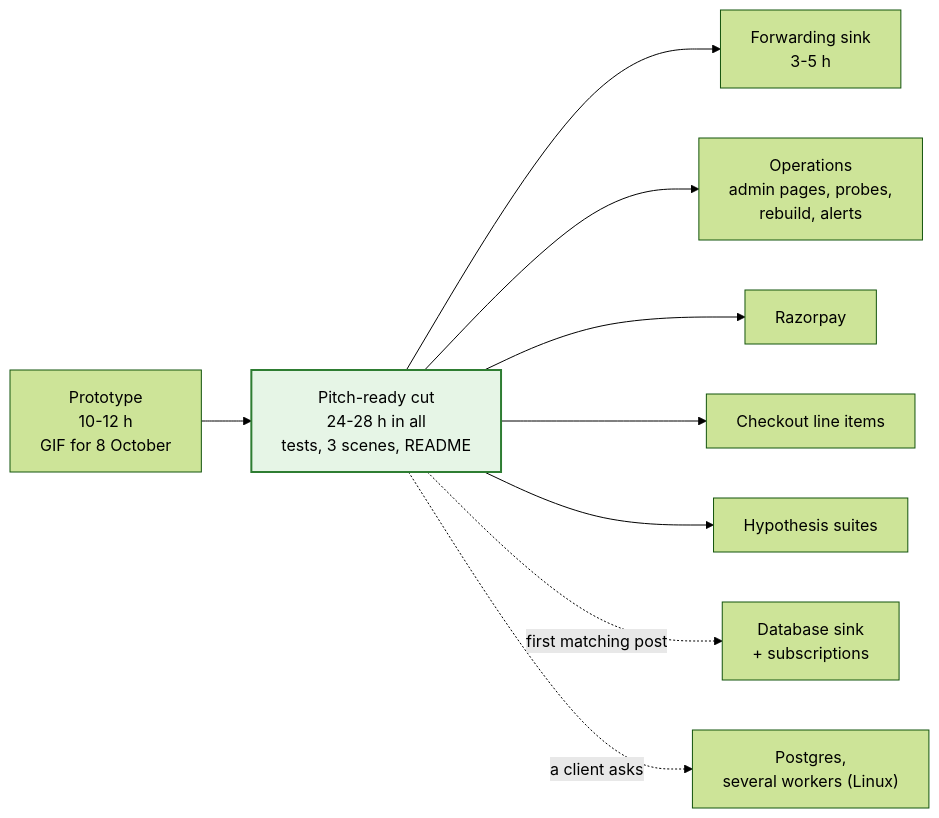
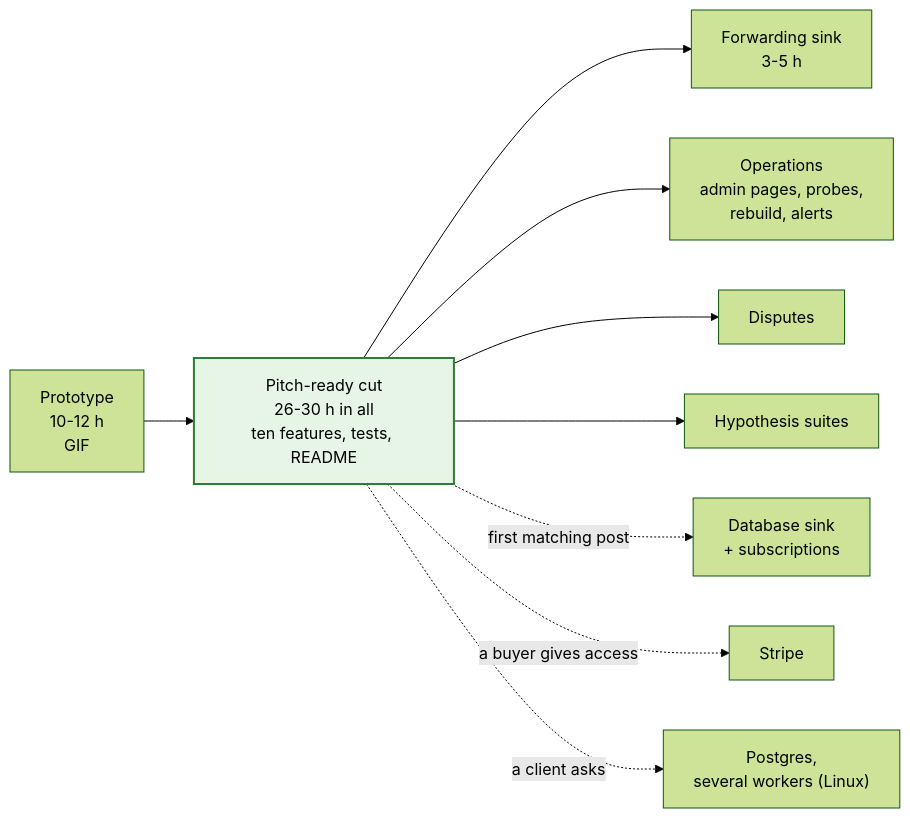
One commit to lalitkarthik/webhook-sync changed the diagram in docs/design/build-order.md. Above: the diagram before and after it, drawn with Mermaid (forest theme). The commit also changed other lines of this file and 17 other files, not shown here.

First line of the commit message:
Design round 11: Razorpay first, Stripe parked (Q103-Q114)

````diff
--- a/docs/design/build-order.md
+++ b/docs/design/build-order.md
@@ -11,13 +13,13 @@
 ```mermaid
 flowchart LR
-  P["Prototype<br/>10-12 h<br/>GIF for 8 October"] --> C["Pitch-ready cut<br/>24-28 h in all<br/>tests, 3 scenes, README"]
+  P["Prototype<br/>10-12 h<br/>GIF"] --> C["Pitch-ready cut<br/>26-30 h in all<br/>ten features, tests, README"]
   C --> F["Forwarding sink<br/>3-5 h"]
   C --> OPS["Operations<br/>admin pages, probes,<br/>rebuild, alerts"]
-  C --> RZ["Razorpay"]
-  C --> CK["Checkout line items"]
+  C --> DP["Disputes"]
   C --> HY["Hypothesis suites"]
   C -. "first matching post" .-> DS["Database sink<br/>+ subscriptions"]
+  C -. "a buyer gives access" .-> ST["Stripe"]
   C -. "a client asks" .-> PG["Postgres,<br/>several workers (Linux)"]
   classDef ready fill:#e6f5e6,stroke:#2e7d32,stroke-width:2px
   class C ready
 ```
````
